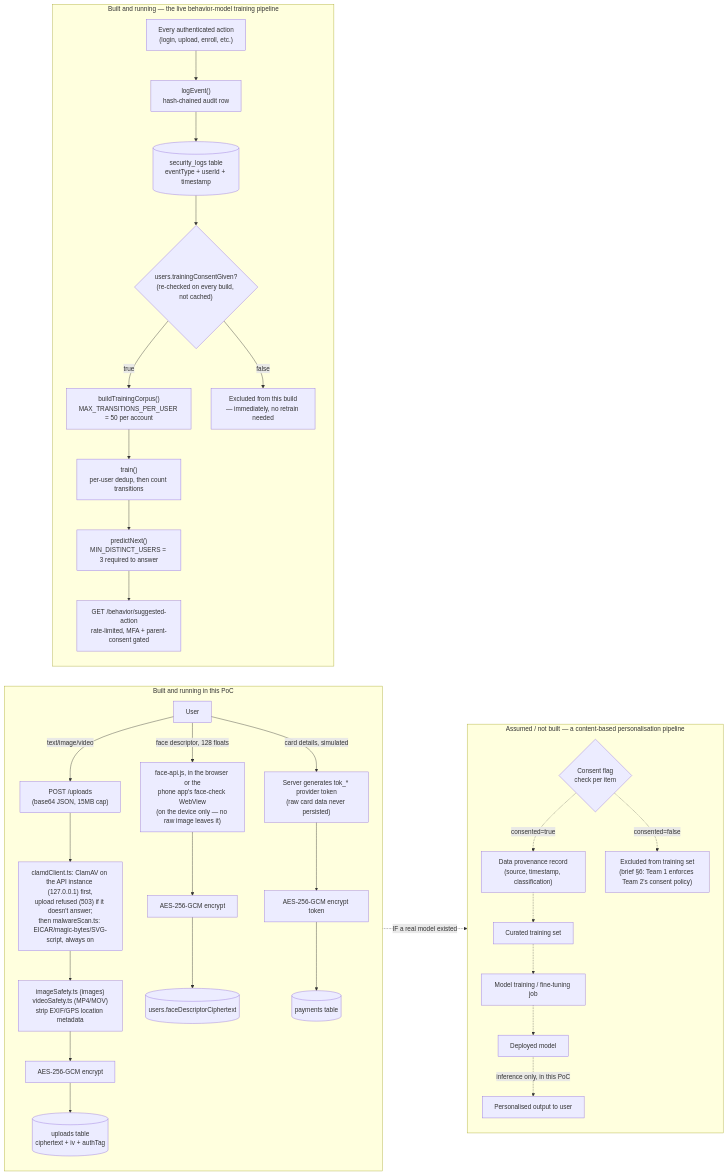
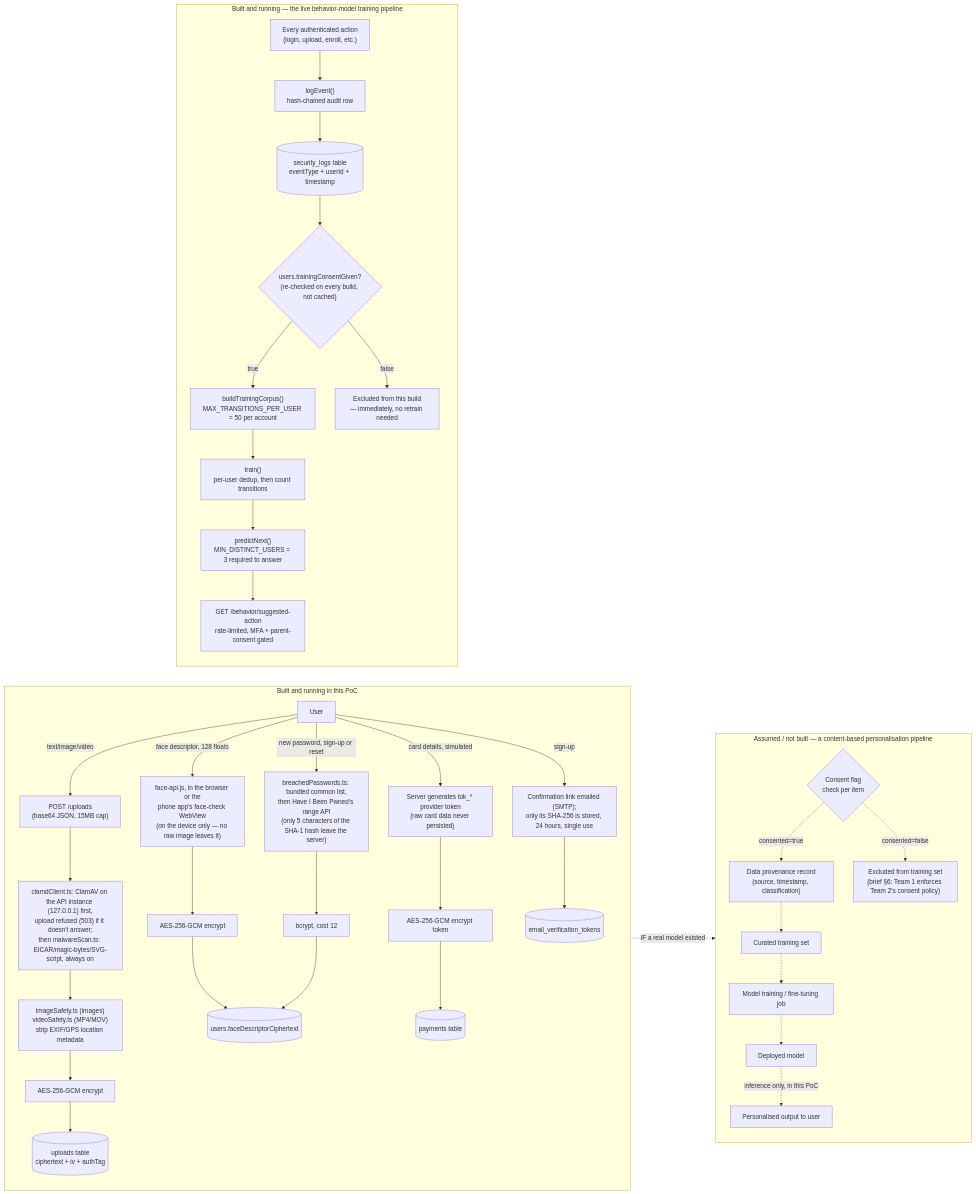
Before and after one commit to choudharyprafful/Biometric-Authentication: the diagram in docs/03_Data_Flow.md, drawn with Mermaid. The commit also changed other lines of this file and 6 other files, not shown here.

````diff
--- a/docs/03_Data_Flow.md
+++ b/docs/03_Data_Flow.md
@@ -18,43 +18,49 @@
 ```mermaid
 flowchart LR
     subgraph Real["Built and running in this PoC"]
         direction TB
         U["User"] -->|text/image/video| Upload["POST /uploads<br/>(base64 JSON, 15MB cap)"]
         Upload --> Scan["clamdClient.ts: ClamAV on the API instance (127.0.0.1) first,<br/>upload refused (503) if it doesn't answer;<br/>then malwareScan.ts: EICAR/magic-bytes/SVG-script, always on"]
         Scan --> ImgStrip["imageSafety.ts (images)<br/>videoSafety.ts (MP4/MOV)<br/>strip EXIF/GPS location metadata"]
         ImgStrip --> Enc["AES-256-GCM encrypt"]
         Enc --> UploadsDB[("uploads table<br/>ciphertext + iv + authTag")]
 
         U -->|face descriptor, 128 floats| FaceCap["face-api.js, in the browser or the<br/>phone app's face-check WebView<br/>(on the device only — no raw image leaves it)"]
         FaceCap --> EncFace["AES-256-GCM encrypt"]
         EncFace --> UsersDB[("users.faceDescriptorCiphertext")]
 
         U -->|card details, simulated| Tokenise["Server generates tok_* provider token<br/>(raw card data never persisted)"]
         Tokenise --> EncPay["AES-256-GCM encrypt token"]
         EncPay --> PayDB[("payments table")]
+
+        U -->|new password, sign-up or reset| PwCheck["breachedPasswords.ts: bundled common list,<br/>then Have I Been Pwned's range API<br/>(only 5 characters of the SHA-1 hash leave the server)"]
+        PwCheck --> Hash["bcrypt, cost 12"]
+        Hash --> UsersDB
+        U -->|sign-up| Confirm["Confirmation link emailed (SMTP);<br/>only its SHA-256 is stored, 24 hours, single use"]
+        Confirm --> TokensDB[("email_verification_tokens")]
     end
 
     subgraph BehaviorReal["Built and running — the live behavior-model training pipeline"]
         direction TB
         Activity["Every authenticated action<br/>(login, upload, enroll, etc.)"] --> LogEvent["logEvent()<br/>hash-chained audit row"]
         LogEvent --> LogsDB[("security_logs table<br/>eventType + userId + timestamp")]
         ConsentFlag{"users.trainingConsentGiven?<br/>(re-checked on every build, not cached)"}
         LogsDB --> ConsentFlag
         ConsentFlag -->|true| PerUserCap["buildTrainingCorpus()<br/>MAX_TRANSITIONS_PER_USER = 50 per account"]
         ConsentFlag -->|false| ExcludedReal["Excluded from this build<br/>— immediately, no retrain needed"]
         PerUserCap --> Train["train()<br/>per-user dedup, then count transitions"]
         Train --> Threshold["predictNext()<br/>MIN_DISTINCT_USERS = 3 required to answer"]
         Threshold --> Serve["GET /behavior/suggested-action<br/>rate-limited, MFA + parent-consent gated"]
     end
 
     subgraph Assumed["Assumed / not built — a content-based personalisation pipeline"]
         direction TB
         UploadsDB -.->|"IF a real model existed"| Consent{"Consent flag<br/>check per item"}
         Consent -.->|consented=true| Provenance["Data provenance record<br/>(source, timestamp, classification)"]
         Consent -.->|consented=false| Blocked["Excluded from training set<br/>(brief §6: Team 1 enforces Team 2's consent policy)"]
         Provenance -.-> TrainSet["Curated training set"]
         TrainSet -.-> Training["Model training / fine-tuning job"]
         Training -.-> Model["Deployed model"]
         Model -.->|inference only, in this PoC| Personalise["Personalised output to user"]
     end
 ```
````
